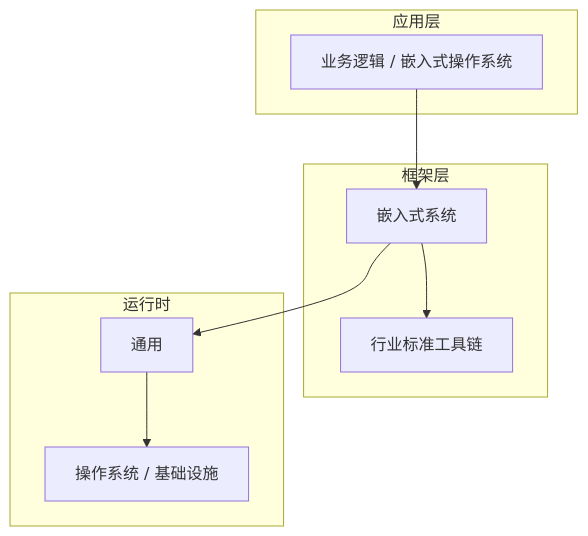
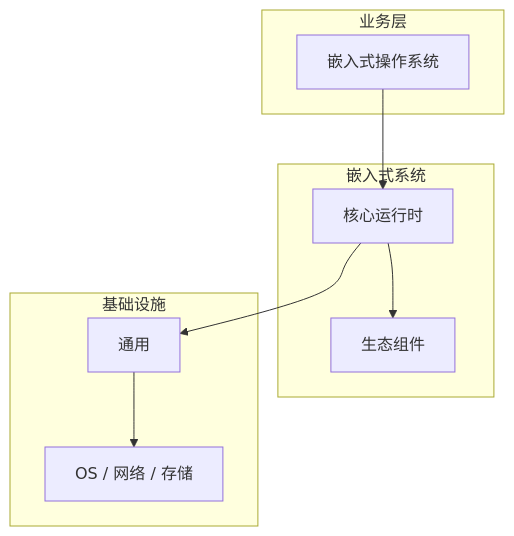
One commit to yanggan2015/knowledge-json-v2 changed the diagram in articles/嵌入式系统/chapters/021-嵌入式操作系统核心概念与原理.md. Above: the diagram before and after it, drawn with Mermaid. The commit also changed other lines of this file and 10127 other files, not shown here.

````diff
--- a/articles/嵌入式系统/chapters/021-嵌入式操作系统核心概念与原理.md
+++ b/articles/嵌入式系统/chapters/021-嵌入式操作系统核心概念与原理.md
@@ -45,18 +34,18 @@
 ```mermaid
 graph TB
-    subgraph 应用层
-        A[业务逻辑 / 嵌入式操作系统]
+    subgraph 业务层
+        A[嵌入式操作系统]
     end
-    subgraph 框架层
-        B[嵌入式系统]
-        C[行业标准工具链]
+    subgraph 嵌入式系统
+        B[核心运行时]
+        C[生态组件]
     end
-    subgraph 运行时
+    subgraph 基础设施
         D[通用]
-        E[操作系统 / 基础设施]
+        E[OS / 网络 / 存储]
     end
     A --> B
     B --> C
     B --> D
     D --> E
 ```
````
